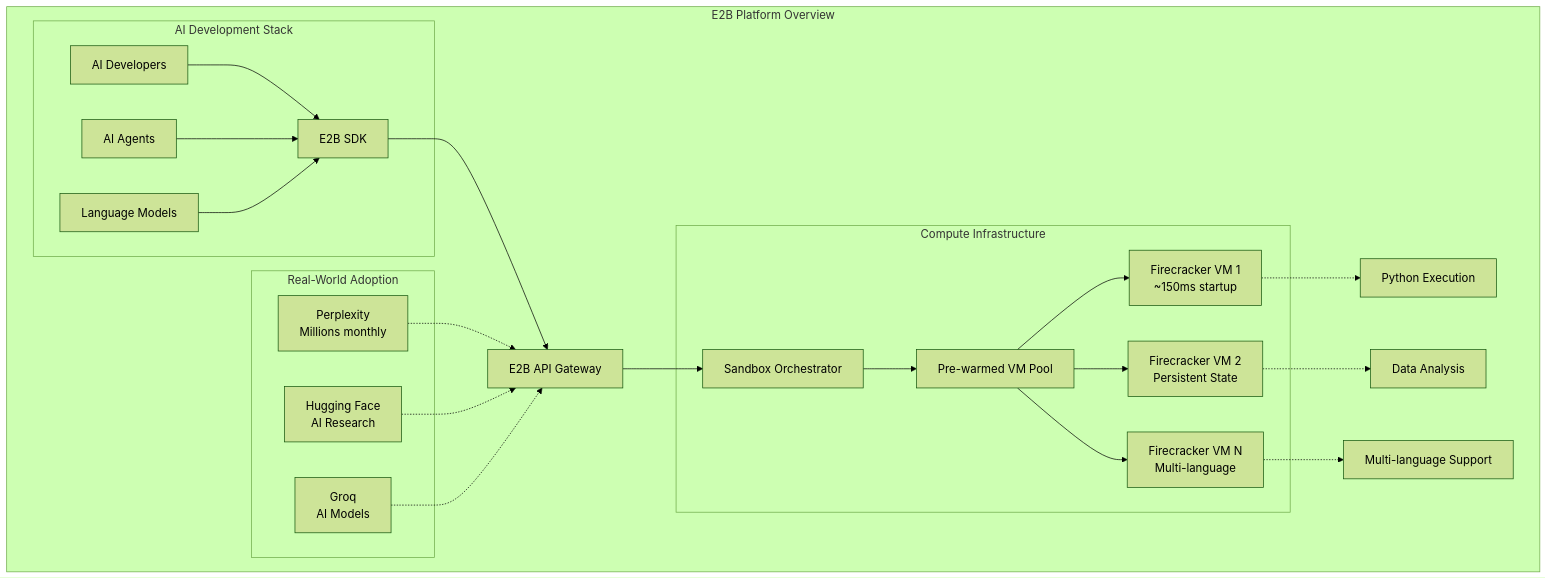
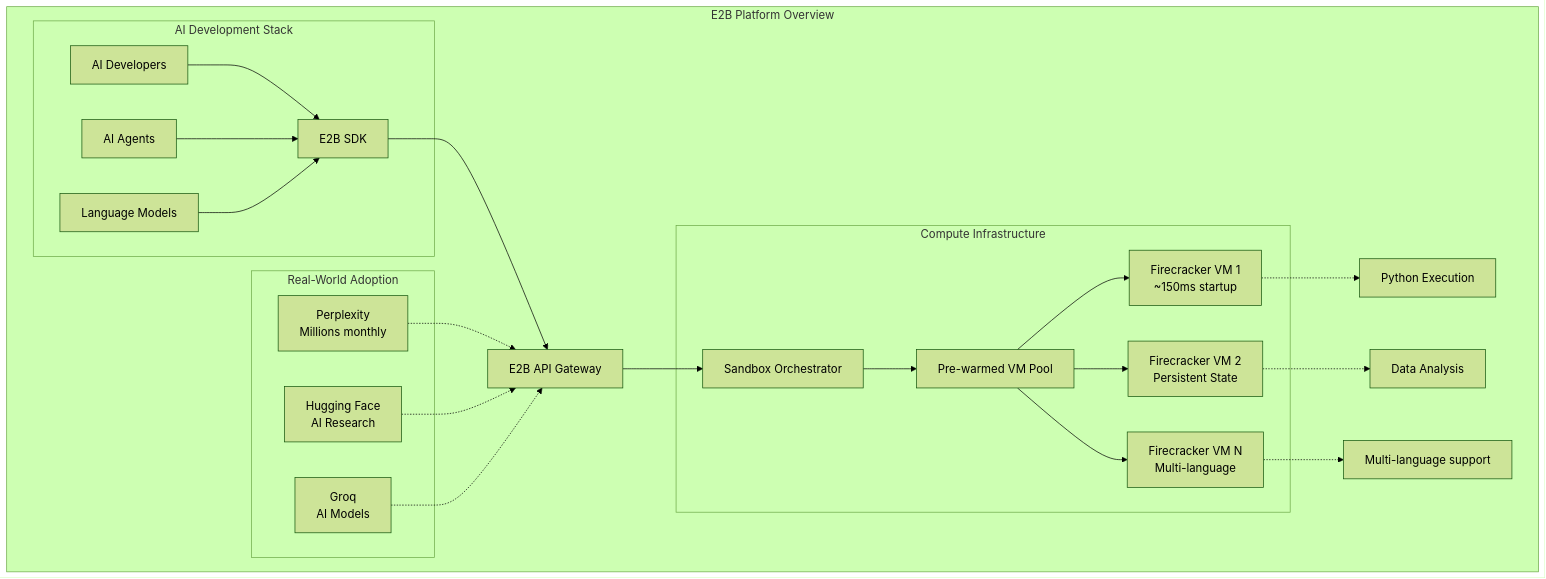
One commit to dwarvesf/research changed the first of 9 diagrams in breakdown/e2b.md. Above: the diagram before and after it, drawn with Mermaid (forest theme). The commit also changed other lines of this file, not shown here.

````diff
--- a/breakdown/e2b.md
+++ b/breakdown/e2b.md
@@ -50,34 +50,34 @@
 ```mermaid
 graph TB
     subgraph "E2B Platform Overview"
         subgraph "AI Development Stack"
             Dev[AI Developers] --> SDK[E2B SDK]
             Agent[AI Agents] --> SDK
             LLM[Language Models] --> SDK
         end
 
         SDK --> API[E2B API Gateway]
         API --> Orchestrator[Sandbox Orchestrator]
 
         subgraph "Compute Infrastructure"
             Orchestrator --> Pool[Pre-warmed VM Pool]
             Pool --> VM1[Firecracker VM 1<br/>~150ms startup]
             Pool --> VM2[Firecracker VM 2<br/>Persistent State]
             Pool --> VM3[Firecracker VM N<br/>Multi-language]
         end
 
         subgraph "Real-World Adoption"
             Perplexity[Perplexity<br/>Millions monthly]
             HuggingFace[Hugging Face<br/>AI Research]
             Groq[Groq<br/>AI Models]
         end
 
         VM1 -.-> Code1[Python Execution]
         VM2 -.-> Code2[Data Analysis]
-        VM3 -.-> Code3[Multi-language Support]
+        VM3 -.-> Code3[Multi-language support]
     end
 
     Perplexity -.-> API
     HuggingFace -.-> API
     Groq -.-> API
 ```
````
